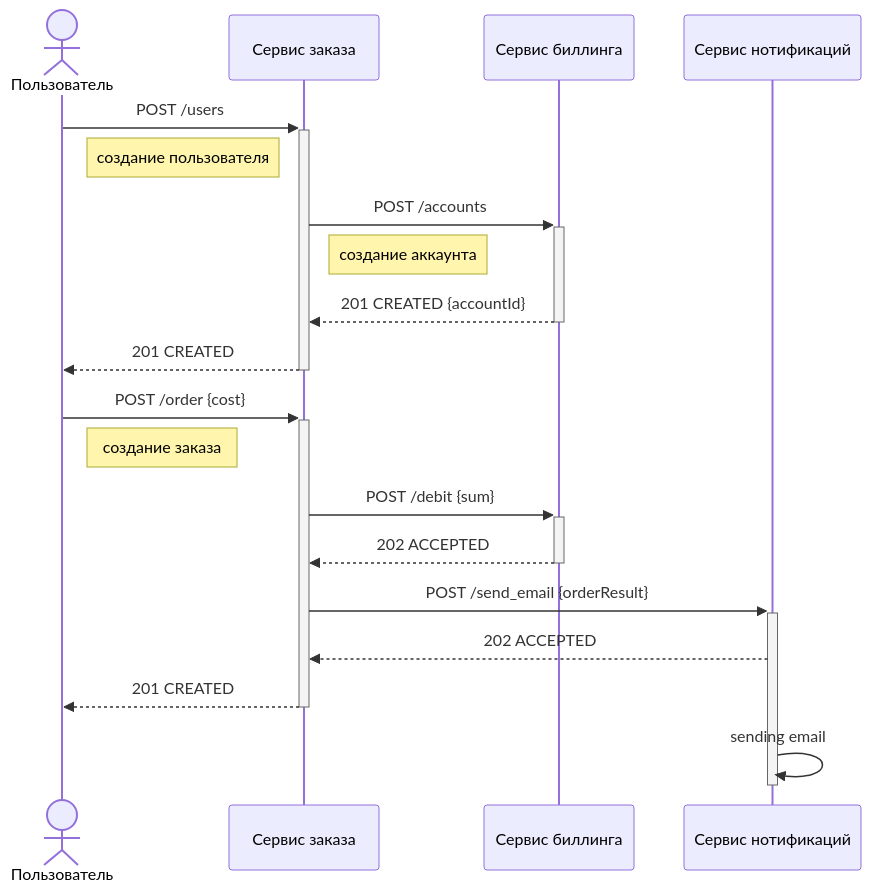
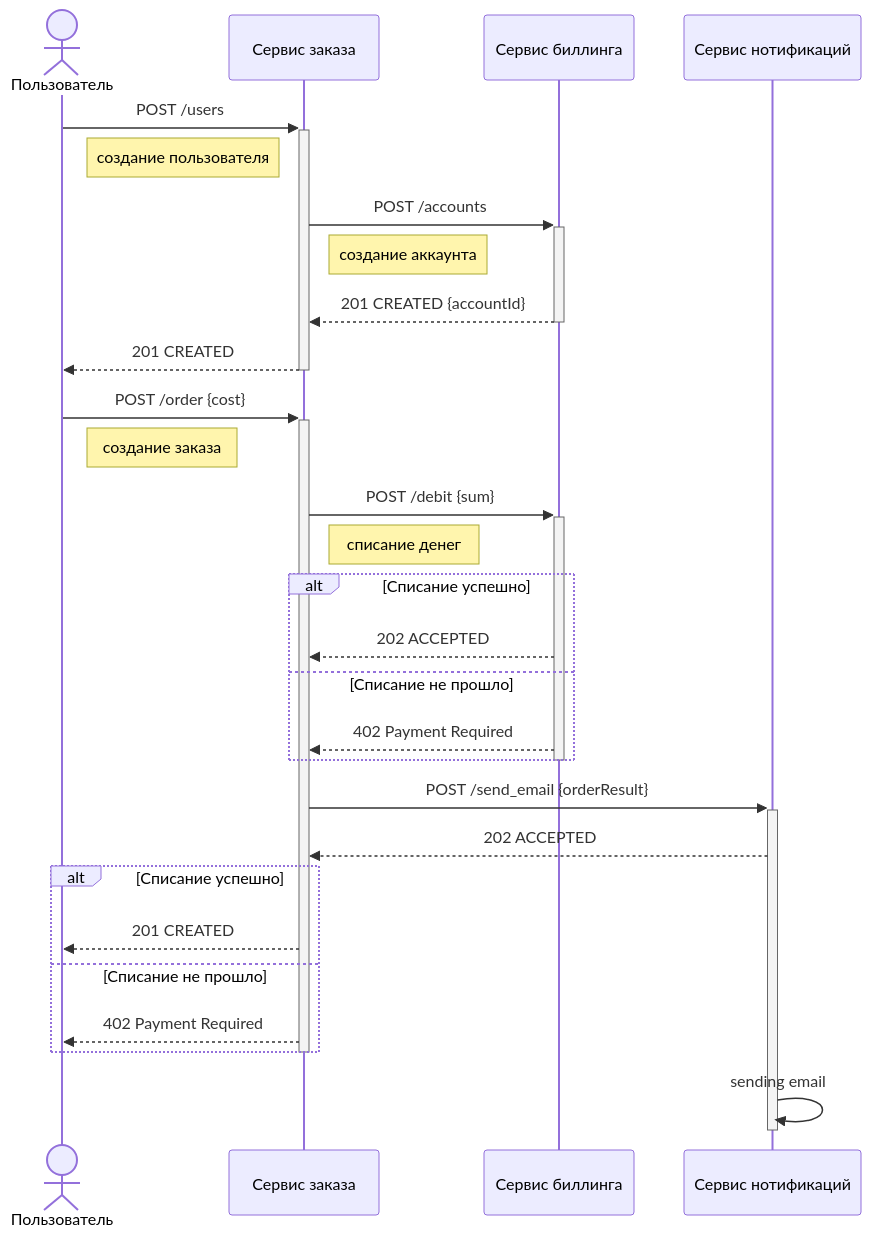
The diagram in homework7/api-spec/rest/rest-sequence.md (kochnevd/course-microservices), drawn with Mermaid before and after one commit. The commit also changed 1 other file, not shown here.

Commit message:
HW#7 REST-HTTP sequence diagram Success/unsuccess results

````diff
--- a/homework7/api-spec/rest/rest-sequence.md
+++ b/homework7/api-spec/rest/rest-sequence.md
@@ -1,27 +1,40 @@
 ```mermaid
 sequenceDiagram
 
 actor User as Пользователь
 participant OrderService as Сервис заказа
 participant BillingService as Сервис биллинга
 participant NotificationService as Сервис нотификаций
 
 User->>+OrderService: POST /users
     Note right of User: создание пользователя
     
     OrderService->>+BillingService: POST /accounts
         Note right of OrderService: создание аккаунта
     BillingService-->>-OrderService: 201 CREATED {accountId}
 OrderService-->>-User: 201 CREATED
 
 User->>+OrderService: POST /order {cost}
     Note right of User: создание заказа
     
     OrderService->>+BillingService: POST /debit {sum}
-    BillingService-->>-OrderService: 202 ACCEPTED
+        Note right of OrderService: списание денег
+    alt Списание успешно
+        BillingService-->>OrderService: 202 ACCEPTED
+    else Списание не прошло
+        BillingService-->>OrderService: 402 Payment Required
+    end
+    deactivate BillingService
     
     OrderService->>+NotificationService: POST /send_email {orderResult}
     NotificationService-->>OrderService: 202 ACCEPTED
-OrderService-->>-User: 201 CREATED
+
+alt Списание успешно
+    OrderService-->>User: 201 CREATED
+else Списание не прошло
+    OrderService-->>User: 402 Payment Required
+end
+deactivate OrderService
+
     NotificationService->>-NotificationService: sending email
 ```
````
